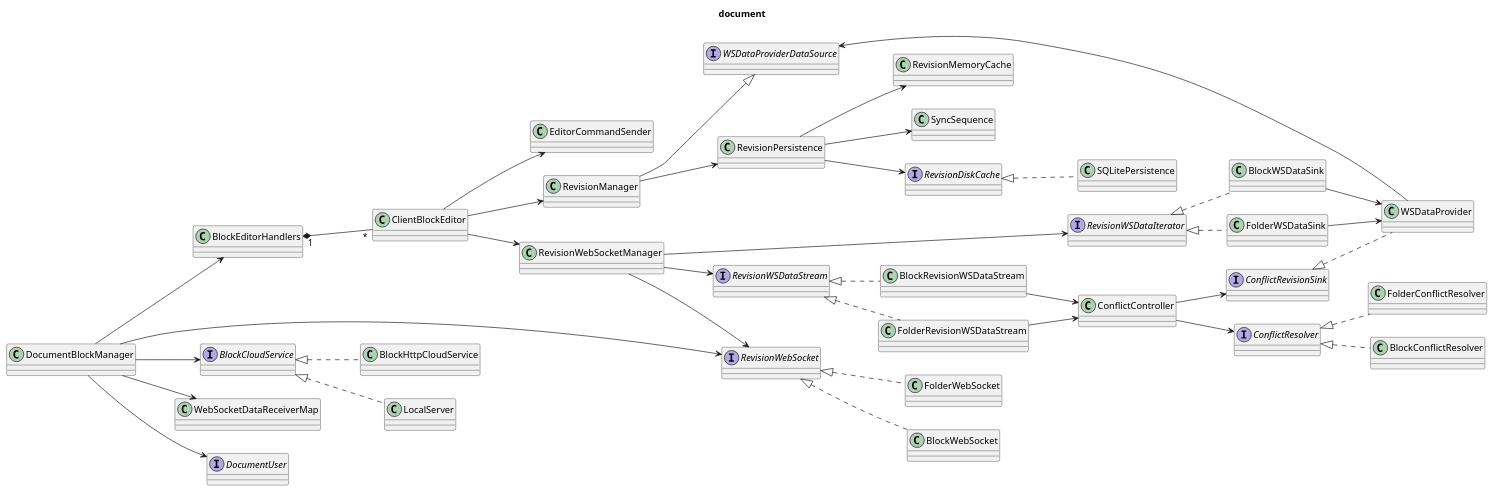
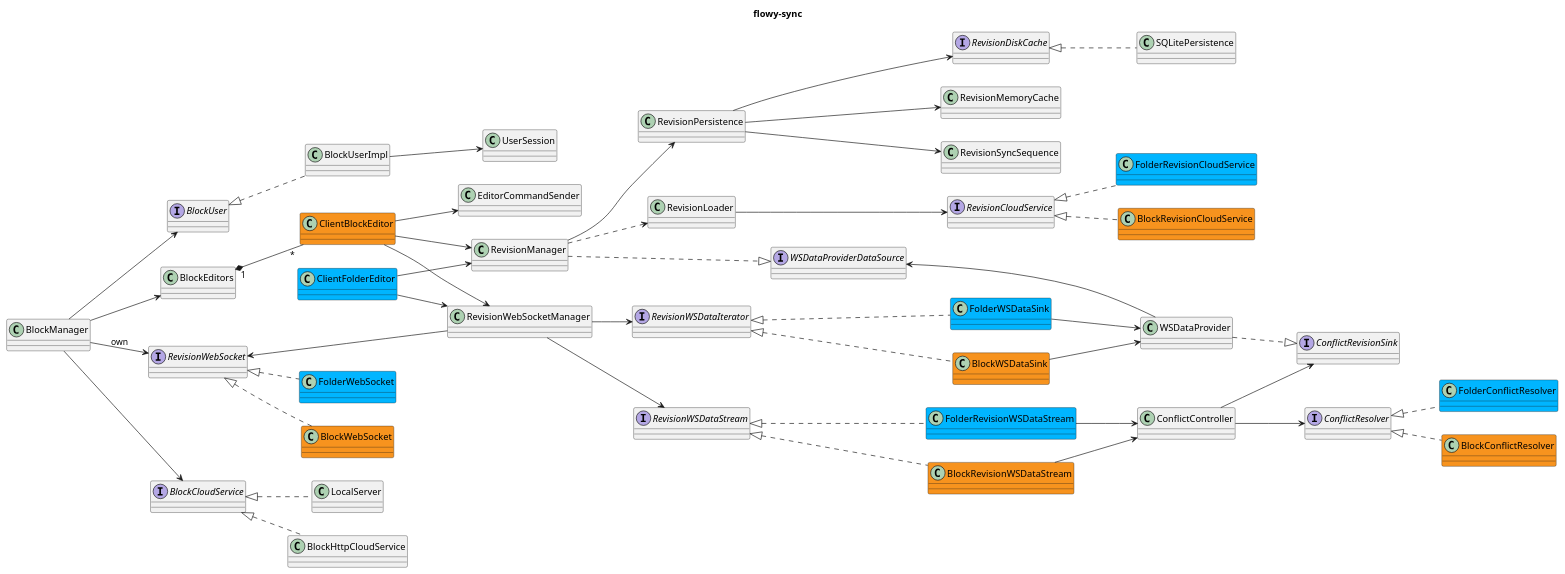
One commit to AppFlowy-IO/AppFlowy-Docs changed the fourth of 6 diagrams in uml/dart_flowy_sdk/flowy_plugin.plantuml. Above: the diagram before and after it, drawn with PlantUML. The commit also changed 2 other files, not shown here.

```diff
--- a/uml/dart_flowy_sdk/flowy_plugin.plantuml
+++ b/uml/dart_flowy_sdk/flowy_plugin.plantuml
@@ -110,76 +110,97 @@
 @startuml AppFlowy
-title document
+title flowy-sync
 left to right direction
-'skinparam linetype ortho
 
-class DocumentBlockManager {}
+class BlockManager {}
 interface BlockCloudService {
 }
 
-class WebSocketDataReceiverMap {}
 interface RevisionWebSocket {}
-class BlockEditorHandlers {}
-interface DocumentUser {}
-class ClientBlockEditor {}
+class BlockEditors {}
+interface BlockUser {}
+class ClientBlockEditor #F7931E {}
+class ClientFolderEditor #00B5FF {}
 
-DocumentBlockManager --> BlockCloudService
-DocumentBlockManager --> WebSocketDataReceiverMap
-DocumentBlockManager --> RevisionWebSocket
-DocumentBlockManager --> BlockEditorHandlers
-DocumentBlockManager --> DocumentUser
+BlockManager --> BlockCloudService
+BlockManager --> RevisionWebSocket: own
+BlockManager --> BlockEditors
+BlockManager --> BlockUser
 
-BlockEditorHandlers "1" *-- "*" ClientBlockEditor
+BlockEditors "1" *-- "*" ClientBlockEditor
 BlockHttpCloudService .u.|> BlockCloudService
 LocalServer .u.|> BlockCloudService
+BlockUserImpl .u.|> BlockUser
+BlockUserImpl --> UserSession
 
 class RevisionManager {}
 class RevisionWebSocketManager {}
 class EditorCommandSender {}
-
+interface RevisionCloudService {}
 ClientBlockEditor --> RevisionManager
 ClientBlockEditor --> RevisionWebSocketManager
 ClientBlockEditor --> EditorCommandSender
 
+ClientFolderEditor --> RevisionManager
+ClientFolderEditor --> RevisionWebSocketManager
+
+RevisionManager ..> RevisionLoader
+RevisionLoader --> RevisionCloudService
+
 class RevisionPersistence {}
 interface RevisionWSDataIterator {}
 interface RevisionWSDataStream {}
+class FolderWSDataSink #00B5FF {}
+class FolderWebSocket #00B5FF {}
+class FolderRevisionWSDataStream #00B5FF {}
+class FolderConflictResolver #00B5FF {}
+class FolderRevisionCloudService #00B5FF
+
+class BlockWSDataSink #F7931E {}
+class BlockWebSocket #F7931E {}
+class BlockRevisionWSDataStream #F7931E {}
+class BlockConflictResolver #F7931E {}
+class BlockRevisionCloudService #F7931E
+
+
 RevisionManager --> RevisionPersistence
 RevisionWebSocketManager --> RevisionWSDataIterator
 RevisionWebSocketManager --> RevisionWSDataStream
-RevisionWebSocketManager --> RevisionWebSocket
+RevisionWebSocketManager -u-> RevisionWebSocket
 
 FolderWSDataSink .u.|> RevisionWSDataIterator
 BlockWSDataSink .u.|> RevisionWSDataIterator
 FolderWSDataSink --> WSDataProvider
 BlockWSDataSink --> WSDataProvider
 
 BlockWebSocket .u.|> RevisionWebSocket
 FolderWebSocket .u.|> RevisionWebSocket
 
+BlockRevisionCloudService .u.|> RevisionCloudService
+FolderRevisionCloudService .u.|> RevisionCloudService
 
 BlockRevisionWSDataStream .u.|> RevisionWSDataStream
 FolderRevisionWSDataStream .U.|> RevisionWSDataStream
 BlockRevisionWSDataStream --> ConflictController
 FolderRevisionWSDataStream --> ConflictController
 
 interface ConflictResolver {}
 interface ConflictRevisionSink {}
 interface WSDataProviderDataSource {}
 ConflictController --> ConflictResolver
 ConflictController --> ConflictRevisionSink
 BlockConflictResolver .u.|> ConflictResolver
 FolderConflictResolver .u.|> ConflictResolver
-WSDataProvider .u.|> ConflictRevisionSink
+WSDataProvider ..|> ConflictRevisionSink
 WSDataProvider -l-> WSDataProviderDataSource
-RevisionManager -r-|> WSDataProviderDataSource
+RevisionManager ..|> WSDataProviderDataSource
 
 interface RevisionDiskCache {}
 class RevisionMemoryCache {}
-class SyncSequence {}
+class RevisionSyncSequence {}
 RevisionPersistence -d-> RevisionDiskCache
 RevisionPersistence -d-> RevisionMemoryCache
-RevisionPersistence -d-> SyncSequence
+RevisionPersistence -d-> RevisionSyncSequence
 
 class SQLitePersistence {}
 SQLitePersistence .u.|> RevisionDiskCache
 @enduml
```
